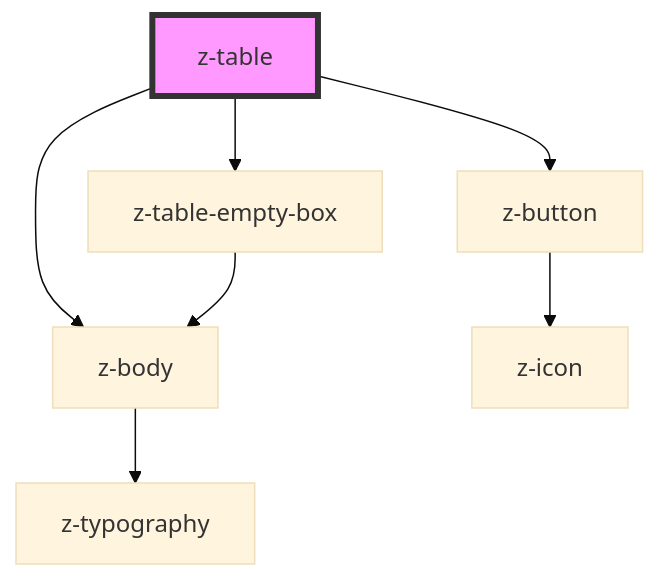
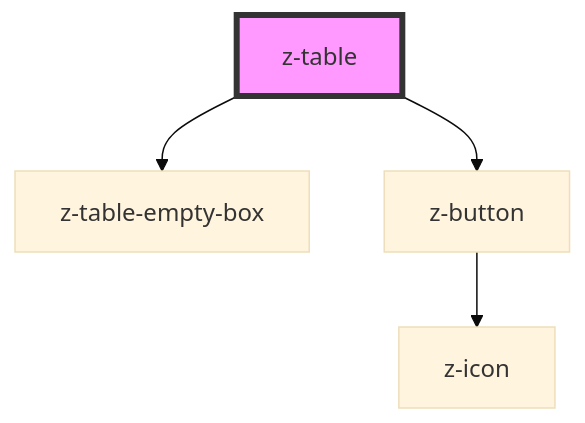
The diagram in src/components/z-table/z-table/readme.md (ZanichelliEditore/design-system), drawn with Mermaid (base theme) before and after one commit. The commit also changed other lines of this file and 7 other files, not shown here.

````diff
--- a/src/components/z-table/z-table/readme.md
+++ b/src/components/z-table/z-table/readme.md
@@ -49,10 +48,7 @@
 ```mermaid
 graph TD;
-  z-table --> z-body
   z-table --> z-table-empty-box
   z-table --> z-button
-  z-body --> z-typography
-  z-table-empty-box --> z-body
   z-button --> z-icon
   style z-table fill:#f9f,stroke:#333,stroke-width:4px
 ```
````
